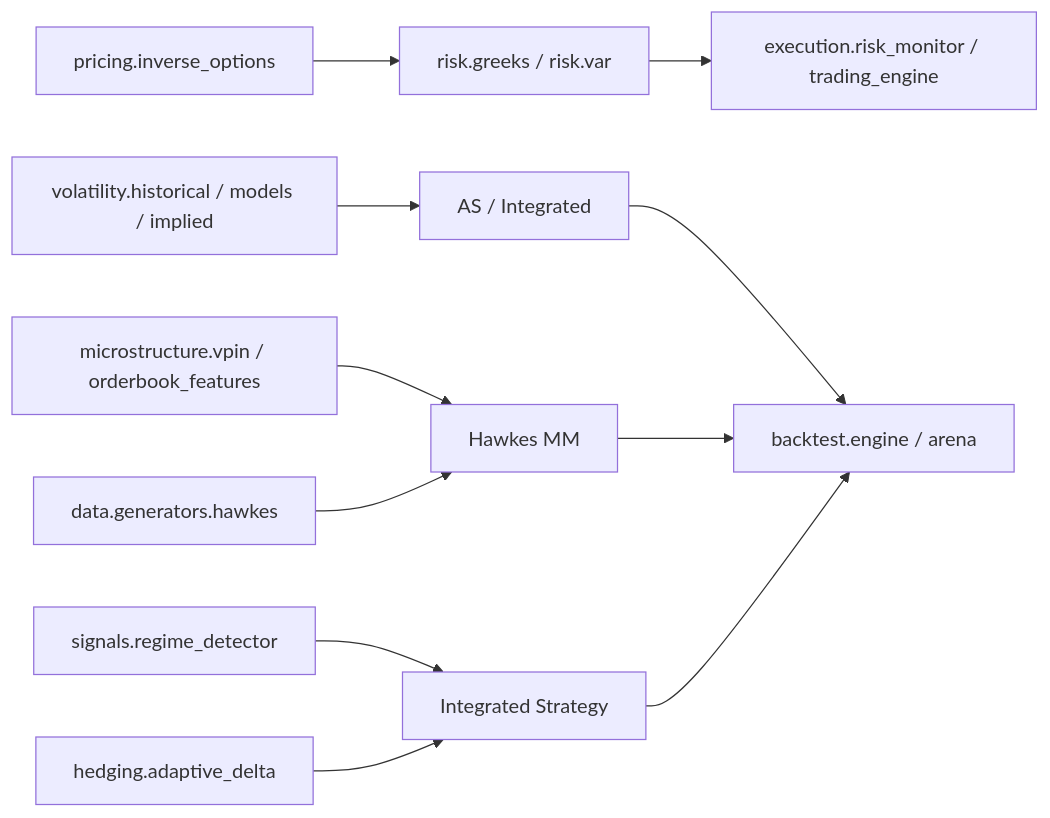
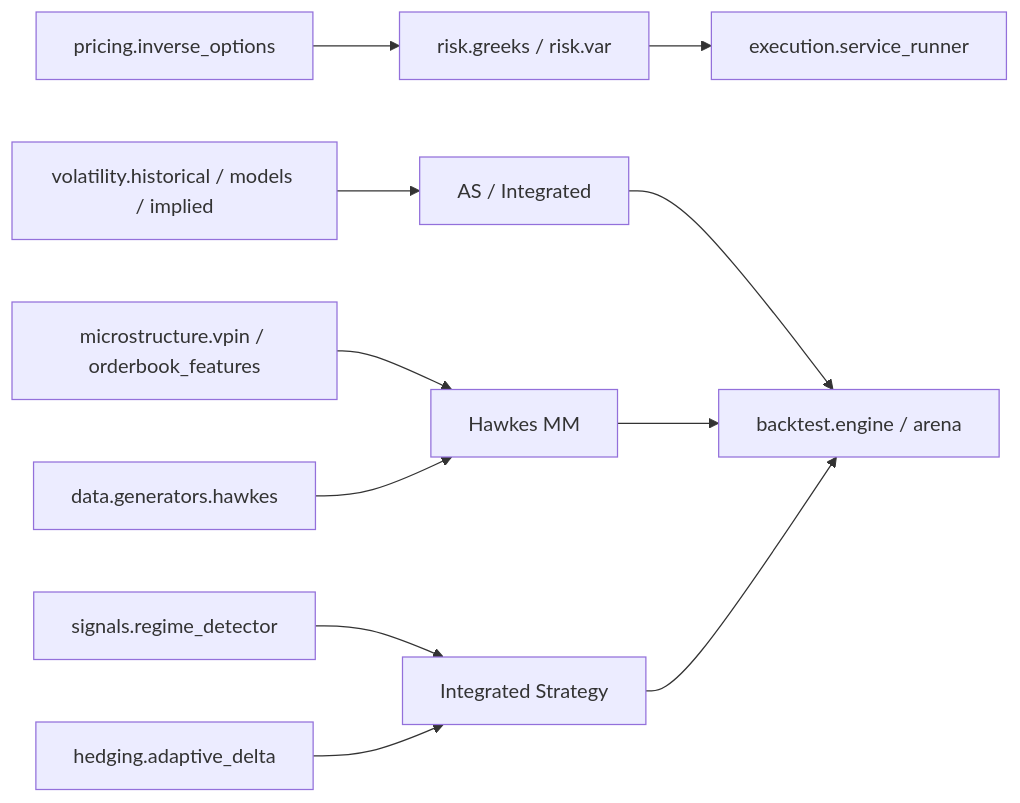
The fourth of 6 diagrams in docs/project-map-mermaid.md (signorloops/crypto-options-research-platform), drawn with Mermaid before and after one commit. The commit also changed other lines of this file and 36 other files, not shown here.

````diff
--- a/docs/project-map-mermaid.md
+++ b/docs/project-map-mermaid.md
@@ -93,13 +93,13 @@
 ```mermaid
 flowchart LR
     pricing["pricing.inverse_options"] --> risk["risk.greeks / risk.var"]
     vol["volatility.historical / models / implied"] --> strategy_as["AS / Integrated"]
     signals["signals.regime_detector"] --> strategy_int["Integrated Strategy"]
     hedge["hedging.adaptive_delta"] --> strategy_int
     micro["microstructure.vpin / orderbook_features"] --> strategy_hawkes["Hawkes MM"]
     hawkes_gen["data.generators.hawkes"] --> strategy_hawkes
     strategy_as --> backtest["backtest.engine / arena"]
     strategy_hawkes --> backtest
     strategy_int --> backtest
-    risk --> execution["execution.risk_monitor / trading_engine"]
+    risk --> execution["execution.service_runner"]
 ```
````
